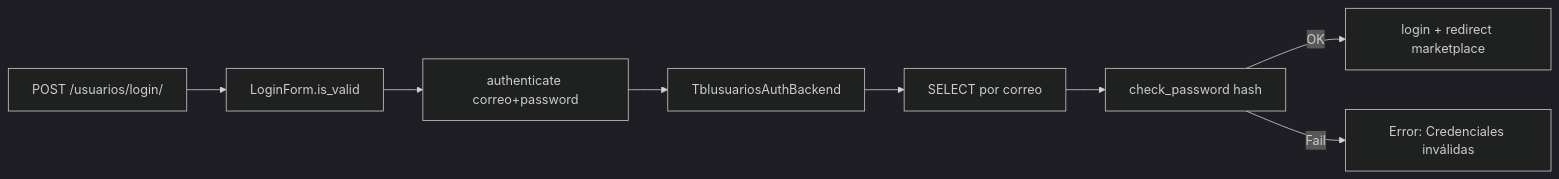
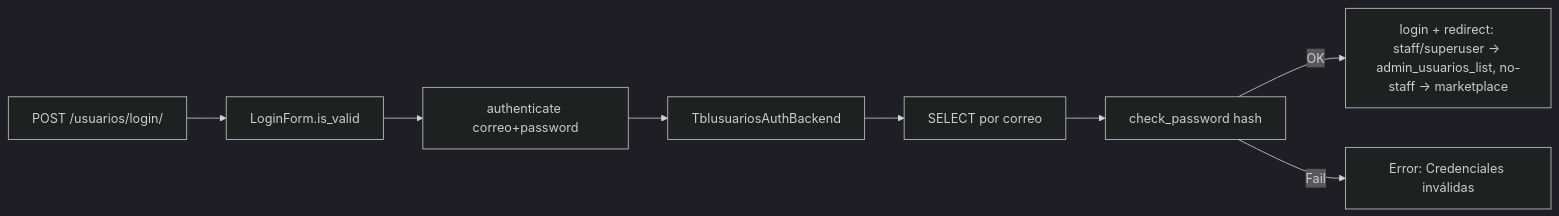
One commit to danieldavid-23/agrosft changed the diagram in docs/04-MODULO-USUARIOS.md. Above: the diagram before and after it, drawn with Mermaid (dark theme). The commit also changed other lines of this file and 35 other files, not shown here.

````diff
--- a/docs/04-MODULO-USUARIOS.md
+++ b/docs/04-MODULO-USUARIOS.md
@@ -37,10 +37,10 @@
 ```mermaid
 graph LR
     A[POST /usuarios/login/] --> B[LoginForm.is_valid]
     B --> C[authenticate correo+password]
     C --> D[TblusuariosAuthBackend]
     D --> E[SELECT por correo]
     E --> F[check_password hash]
-    F -->|OK| G[login + redirect marketplace]
+    F -->|OK| G[login + redirect: staff/superuser → admin_usuarios_list, no-staff → marketplace]
     F -->|Fail| H[Error: Credenciales inválidas]
 ```
````
